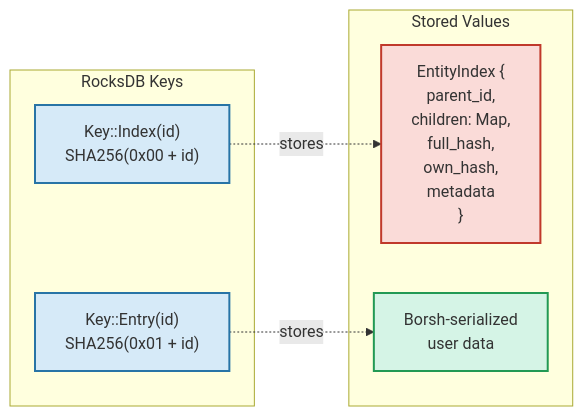
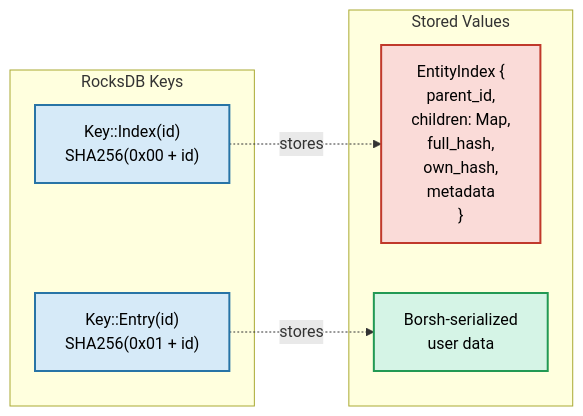
One commit to calimero-network/core changed the fourth of 9 diagrams in crates/storage/README.md. Above: the diagram before and after it, drawn with Mermaid. The commit also changed other lines of this file, not shown here.

First line of the commit message:
docs(storage): add black text color to all diagrams

````diff
--- a/crates/storage/README.md
+++ b/crates/storage/README.md
@@ -142,20 +142,20 @@
 ```mermaid
 graph LR
     subgraph "RocksDB Keys"
         K1["Key::Index(id)<br/>SHA256(0x00 + id)"]
         K2["Key::Entry(id)<br/>SHA256(0x01 + id)"]
     end
     
     subgraph "Stored Values"
         V1["EntityIndex {<br/>  parent_id,<br/>  children: Map,<br/>  full_hash,<br/>  own_hash,<br/>  metadata<br/>}"]
         V2["Borsh-serialized<br/>user data"]
     end
     
     K1 -.->|stores| V1
     K2 -.->|stores| V2
     
-    style K1 fill:#D6EAF8,stroke:#2874A6,stroke-width:2px
-    style K2 fill:#D6EAF8,stroke:#2874A6,stroke-width:2px
-    style V1 fill:#FADBD8,stroke:#C0392B,stroke-width:2px
-    style V2 fill:#D5F4E6,stroke:#229954,stroke-width:2px
+    style K1 fill:#D6EAF8,stroke:#2874A6,stroke-width:2px,color:#000
+    style K2 fill:#D6EAF8,stroke:#2874A6,stroke-width:2px,color:#000
+    style V1 fill:#FADBD8,stroke:#C0392B,stroke-width:2px,color:#000
+    style V2 fill:#D5F4E6,stroke:#229954,stroke-width:2px,color:#000
 ```
````
